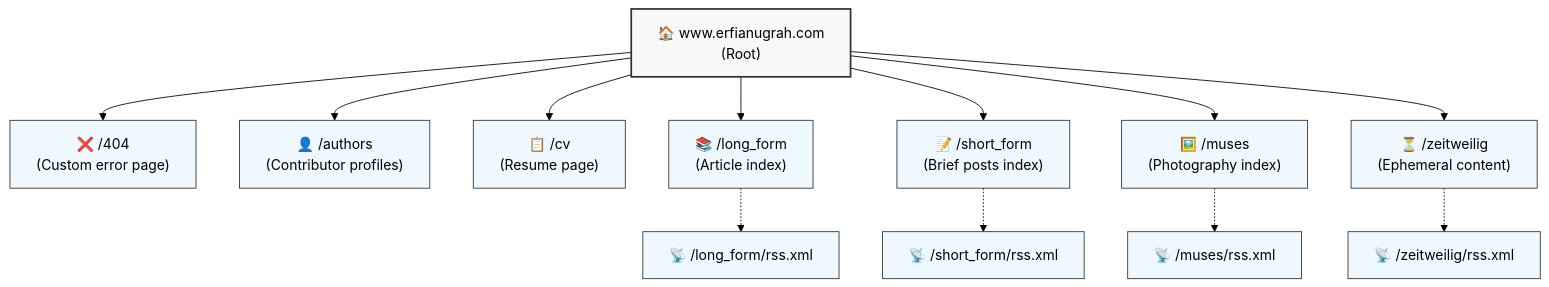
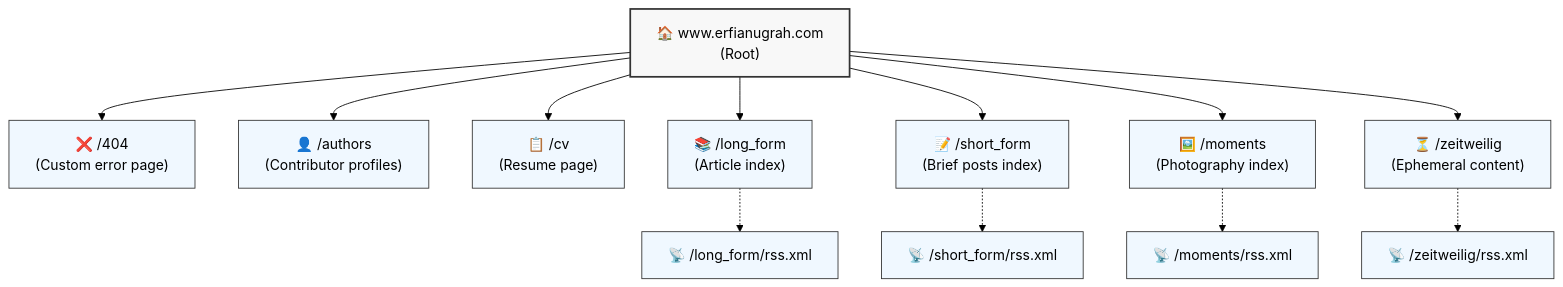
One commit to michalroziel/revista-3 changed the seventh of 9 diagrams in README.md. Above: the diagram before and after it, drawn with Mermaid (forest theme). The commit also changed other lines of this file and 55 other files, not shown here.

````diff
--- a/README.md
+++ b/README.md
@@ -344,23 +344,23 @@
 ```mermaid
 graph TD
     classDef rootRoute fill:#f8f8f8,stroke:#333,stroke-width:2px
     classDef staticRoute fill:#f0f8ff,stroke:#333,stroke-width:1px
     
     A["🏠 www.erfianugrah.com<br>(Root)"] --> B["❌ /404<br>(Custom error page)"]
     A --> C["👤 /authors<br>(Contributor profiles)"]
     A --> D["📋 /cv<br>(Resume page)"]
     A --> E["📚 /long_form<br>(Article index)"]
     A --> F["📝 /short_form<br>(Brief posts index)"]
-    A --> G["🖼️ /muses<br>(Photography index)"]
+    A --> G["🖼️ /moments<br>(Photography index)"]
     A --> H["⏳ /zeitweilig<br>(Ephemeral content)"]
 
     %% RSS feeds
     E -.-> E0["📡 /long_form/rss.xml"]
     F -.-> F0["📡 /short_form/rss.xml"]
-    G -.-> G0["📡 /muses/rss.xml"]
+    G -.-> G0["📡 /moments/rss.xml"]
     H -.-> H0["📡 /zeitweilig/rss.xml"]
     
     class A rootRoute
     class B,C,D,E,F,G,H staticRoute
     class E0,F0,G0,H0 staticRoute
 ```
````
